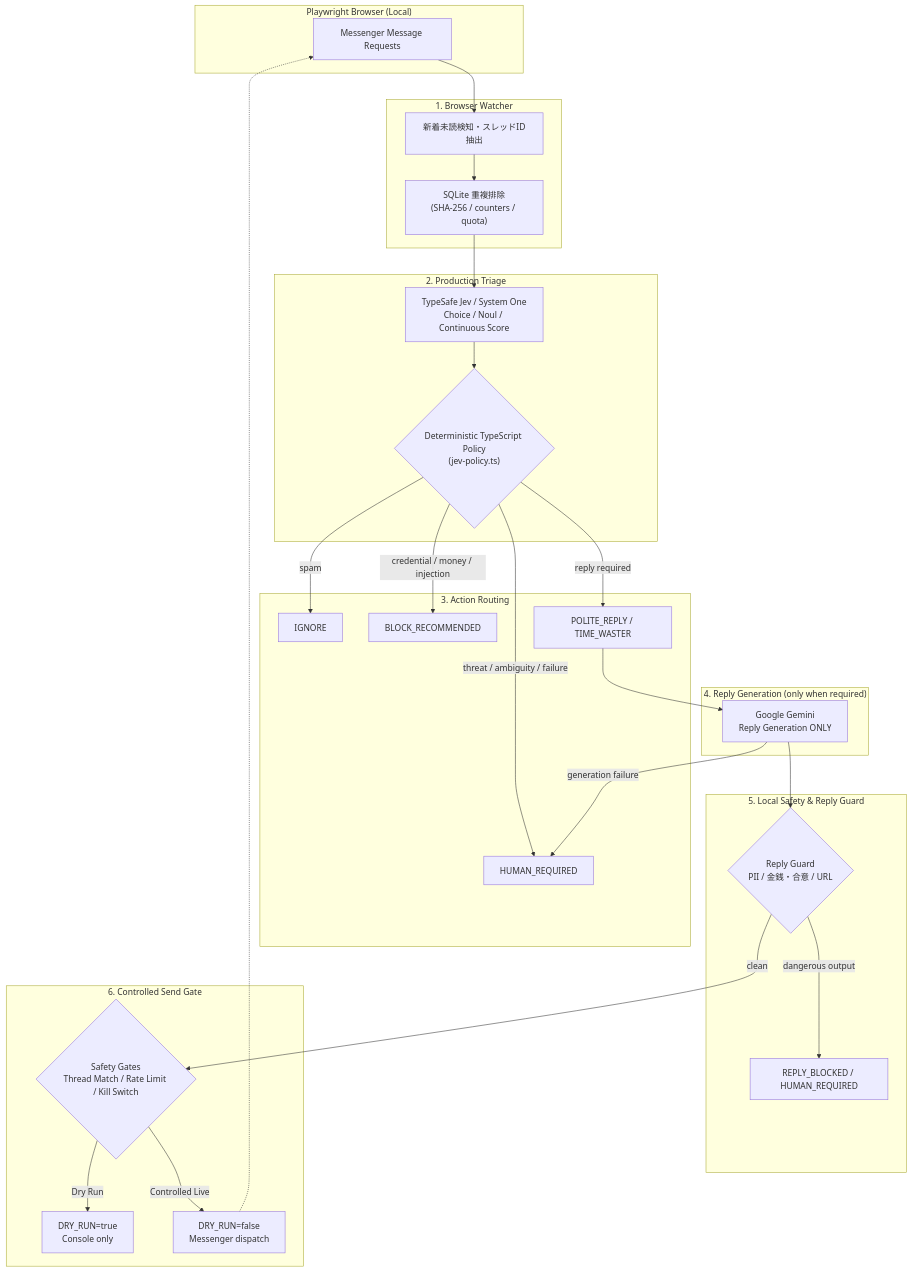
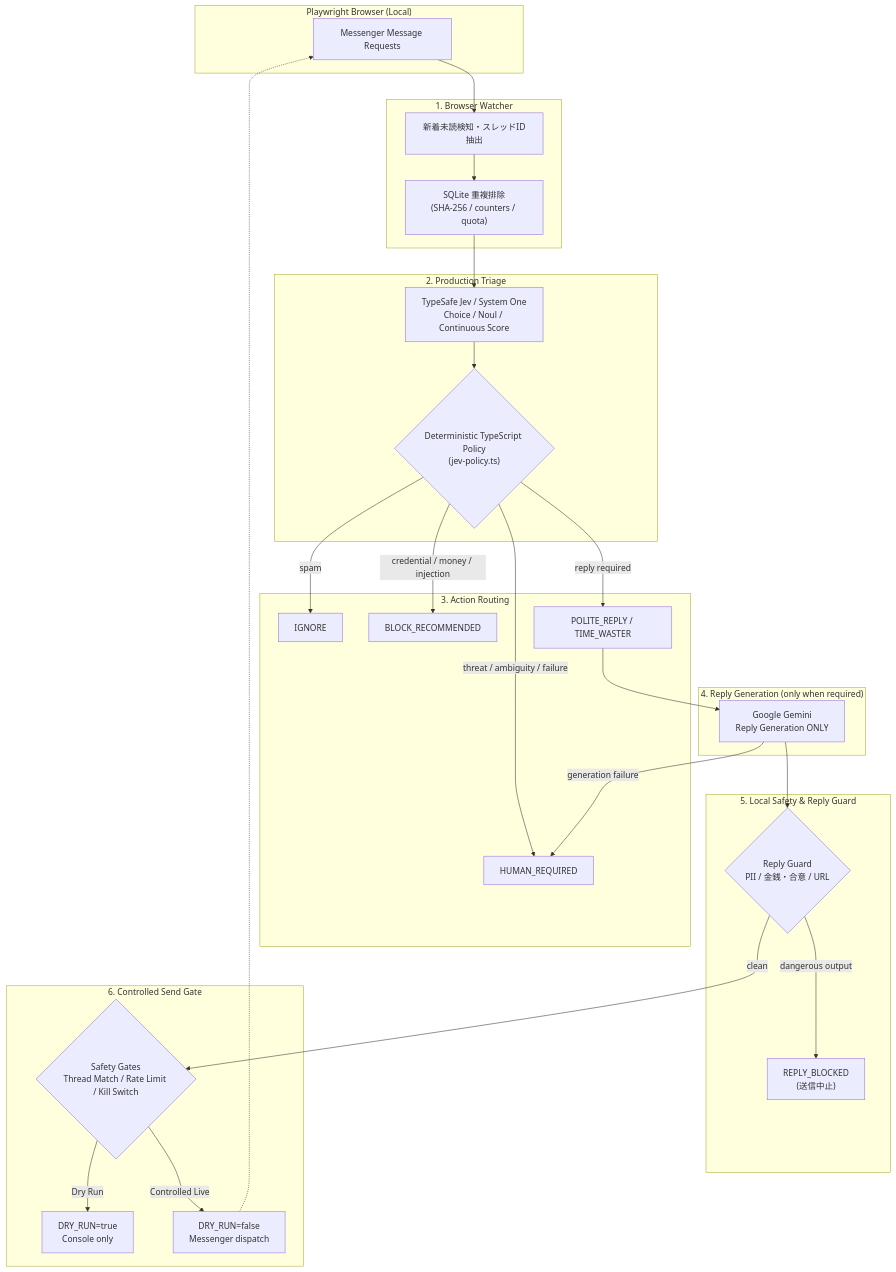
Before and after one commit to moruku36/messenger-human-firewall: the diagram in README.md, drawn with Mermaid. The commit also changed other lines of this file and 9 other files, not shown here.

````diff
--- a/README.md
+++ b/README.md
@@ -45,59 +48,59 @@
 ```mermaid
 flowchart TD
     subgraph Browser["Playwright Browser (Local)"]
         MR["Messenger Message Requests"]
     end
 
     subgraph Watcher["1. Browser Watcher"]
         Detect["新着未読検知・スレッドID抽出"]
         Dedup["SQLite 重複排除<br/>(SHA-256 / counters / quota)"]
     end
 
     subgraph Triage["2. Production Triage"]
         Jev["TypeSafe Jev / System One<br/>Choice / Noul / Continuous Score"]
         Policy{"Deterministic TypeScript Policy<br/>(jev-policy.ts)"}
     end
 
     subgraph Actions["3. Action Routing"]
         Ignore["IGNORE"]
         Escalate["HUMAN_REQUIRED"]
         BlockRec["BLOCK_RECOMMENDED"]
         Reply["POLITE_REPLY / TIME_WASTER"]
     end
 
     subgraph Generation["4. Reply Generation (only when required)"]
         Gemini["Google Gemini<br/>Reply Generation ONLY"]
     end
 
     subgraph Safety["5. Local Safety & Reply Guard"]
         Guard{"Reply Guard<br/>PII / 金銭・合意 / URL"}
-        Blocked["REPLY_BLOCKED / HUMAN_REQUIRED"]
+        Blocked["REPLY_BLOCKED<br/>(送信中止)"]
     end
 
     subgraph SendGate["6. Controlled Send Gate"]
         Limits{"Safety Gates<br/>Thread Match / Rate Limit / Kill Switch"}
         Console["DRY_RUN=true<br/>Console only"]
         Send["DRY_RUN=false<br/>Messenger dispatch"]
     end
 
     MR --> Detect
     Detect --> Dedup
     Dedup --> Jev
     Jev --> Policy
 
     Policy -->|spam| Ignore
     Policy -->|threat / ambiguity / failure| Escalate
     Policy -->|credential / money / injection| BlockRec
     Policy -->|reply required| Reply
 
     Reply --> Gemini
     Gemini -->|generation failure| Escalate
     Gemini --> Guard
 
     Guard -->|dangerous output| Blocked
     Guard -->|clean| Limits
 
     Limits -->|Dry Run| Console
     Limits -->|Controlled Live| Send
     Send -.-> MR
 ```
````
